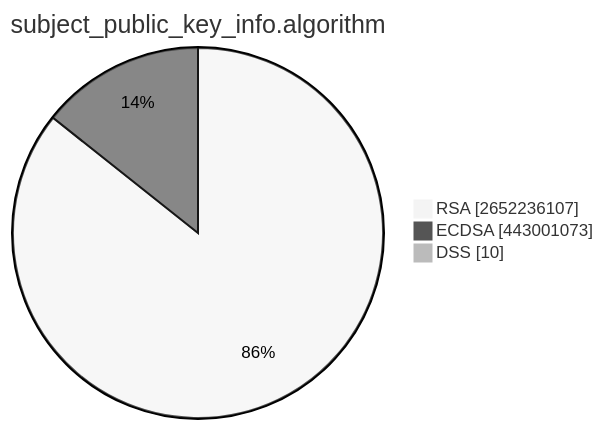
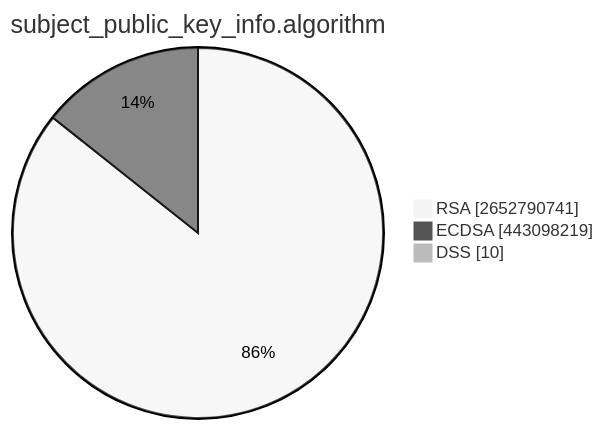
The second of 15 diagrams in TOTAL/README.md (christiankrug/ctmonitor_visualization), drawn with Mermaid (neutral theme) before and after one commit. The commit also changed other lines of this file, not shown here.

````diff
--- a/TOTAL/README.md
+++ b/TOTAL/README.md
@@ -6,7 +6,7 @@
 ```mermaid
 pie showData
 title subject_public_key_info.algorithm
-"RSA" :2652236107
-"ECDSA" :443001073
+"RSA" :2652790741
+"ECDSA" :443098219
 "DSS" :10
 ```
````
